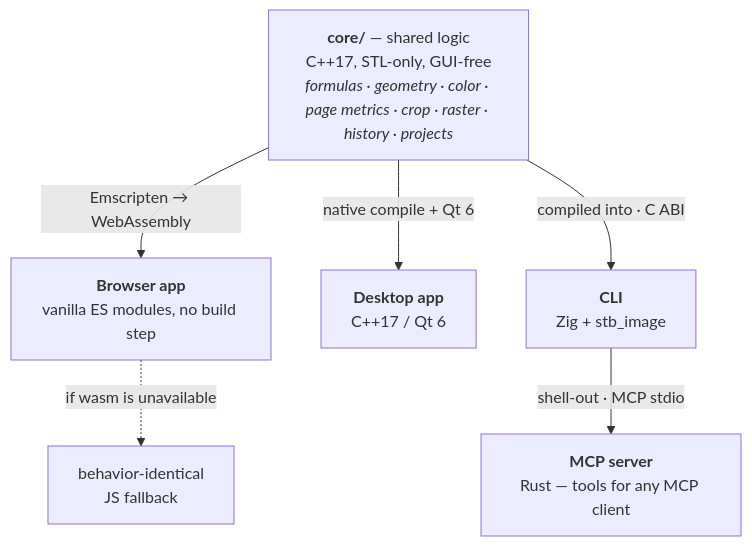
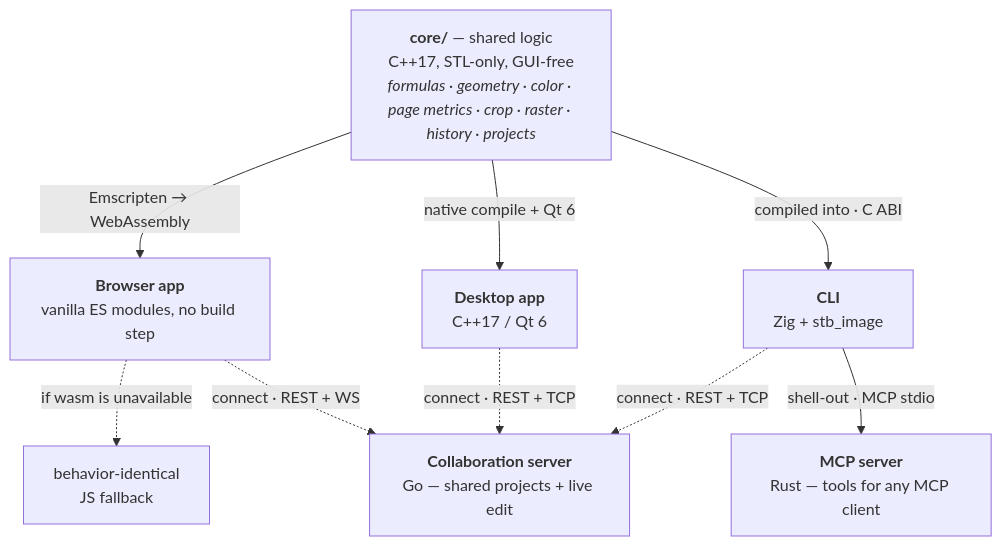
Before and after one commit to andrew1407/stencil: the diagram in README.md, drawn with Mermaid. The commit also changed other lines of this file and 95 other files, not shown here.

Commit message:
Add a Go collaboration server (server/, REST + WS/TCP, Postgres + secured file store, opt-in TLS) and wire connect/share/fetch/publish across the browser, desktop, Zig CLI and Chrome extension, plus MCP flags, tests, a CI job and README docs

````diff
--- a/README.md
+++ b/README.md
@@ -29,9 +30,12 @@
 ```mermaid
 graph TD
     CORE["<b>core/</b> — shared logic<br/>C++17, STL-only, GUI-free<br/><i>formulas · geometry · color · page metrics · crop · raster · history · projects</i>"]
     CORE -->|"Emscripten → WebAssembly"| WEB["<b>Browser app</b><br/>vanilla ES modules, no build step"]
     CORE -->|"native compile + Qt 6"| DESK["<b>Desktop app</b><br/>C++17 / Qt 6"]
     CORE -->|"compiled into · C ABI"| CLI["<b>CLI</b><br/>Zig + stb_image"]
     WEB -.->|"if wasm is unavailable"| FB["behavior-identical<br/>JS fallback"]
     CLI -->|"shell-out · MCP stdio"| MCP["<b>MCP server</b><br/>Rust — tools for any MCP client"]
+    WEB -.->|"connect · REST + WS"| SRV["<b>Collaboration server</b><br/>Go — shared projects + live edit"]
+    DESK -.->|"connect · REST + TCP"| SRV
+    CLI -.->|"connect · REST + TCP"| SRV
 ```
````
